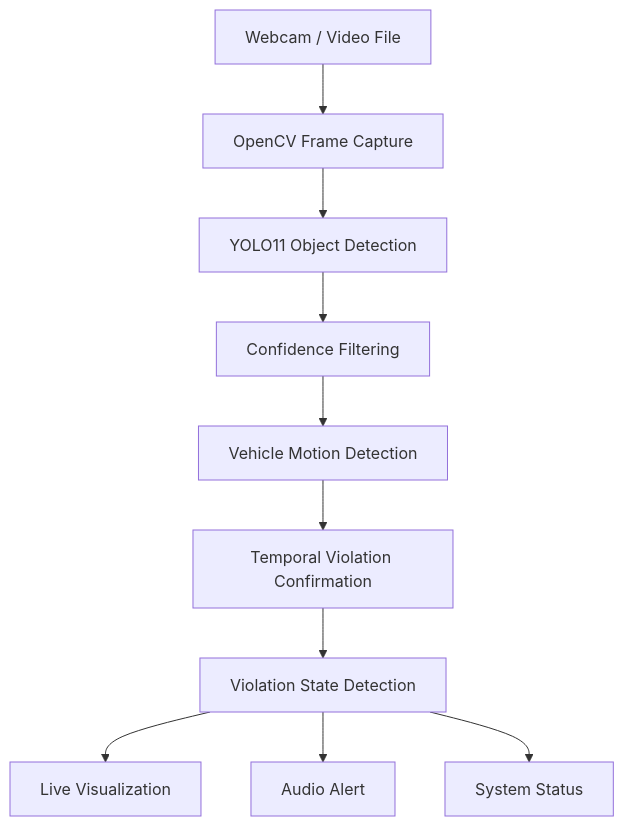
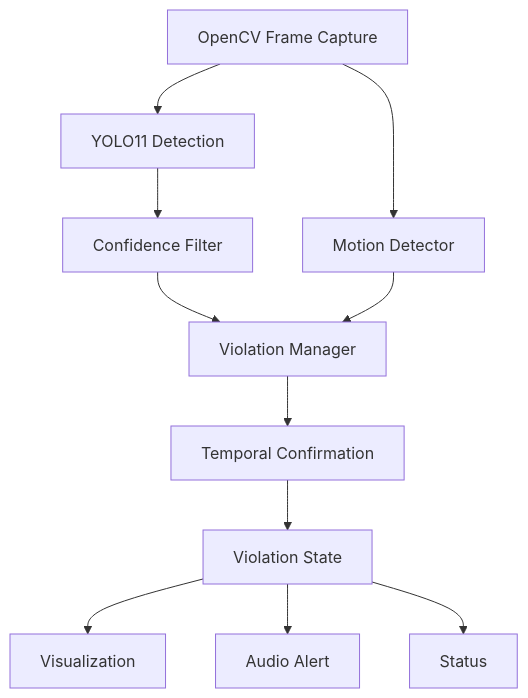
Before and after one commit to pranjul075/DriverSafetyAI: the first of 2 diagrams in README.md, drawn with Mermaid.

Commit message:
Revise flowchart in README for detection process
Updated flowchart to reflect changes in detection and processing steps.

````diff
--- a/README.md
+++ b/README.md
@@ -11,12 +11,17 @@
 ```mermaid
 flowchart TD
-    A[Webcam / Video File] --> B[OpenCV Frame Capture]
-    B --> C[YOLO11 Object Detection]
-    C --> D[Confidence Filtering]
-    D --> E[Vehicle Motion Detection]
-    E --> F[Temporal Violation Confirmation]
-    F --> G[Violation State Detection]
-    G --> H[Live Visualization]
+    A[OpenCV Frame Capture] --> B[YOLO11 Detection]
+    A --> C[Motion Detector]
+
+    B --> D[Confidence Filter]
+
+    D --> E[Violation Manager]
+    C --> E
+
+    E --> F[Temporal Confirmation]
+    F --> G[Violation State]
+
+    G --> H[Visualization]
     G --> I[Audio Alert]
-    G --> J[System Status]
+    G --> J[Status]
 ```
````
